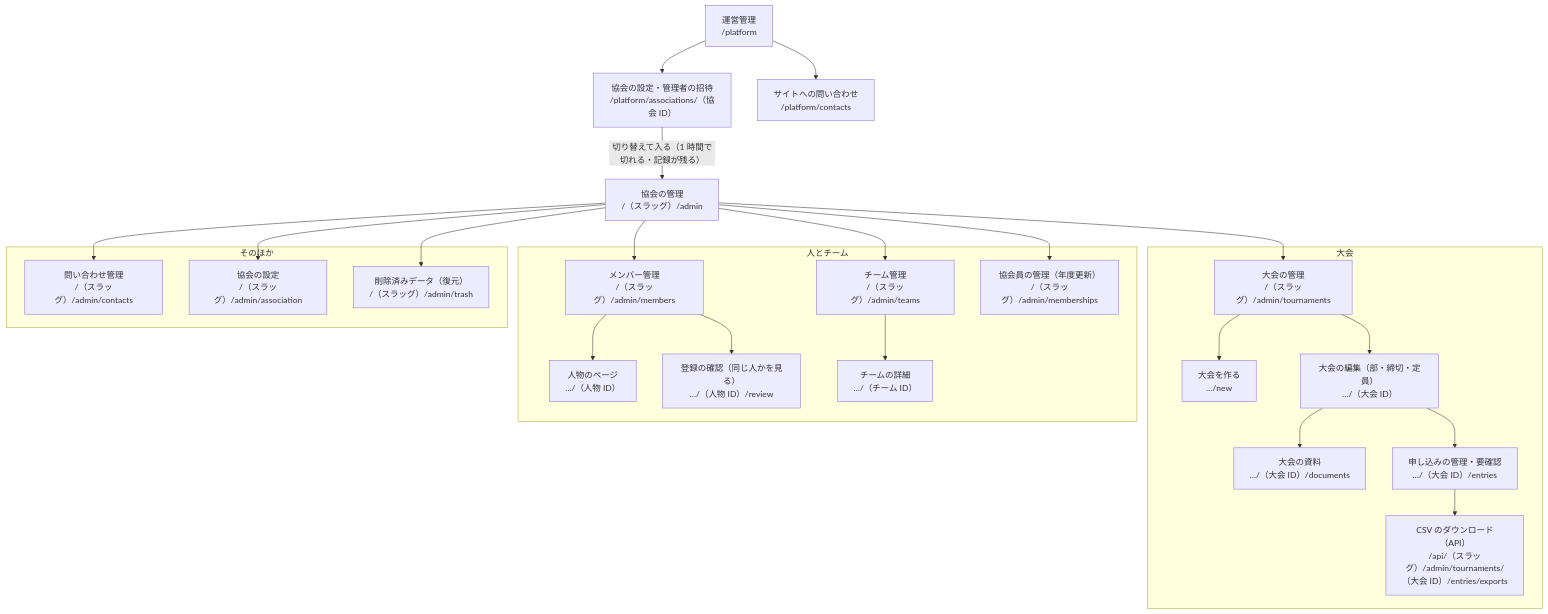
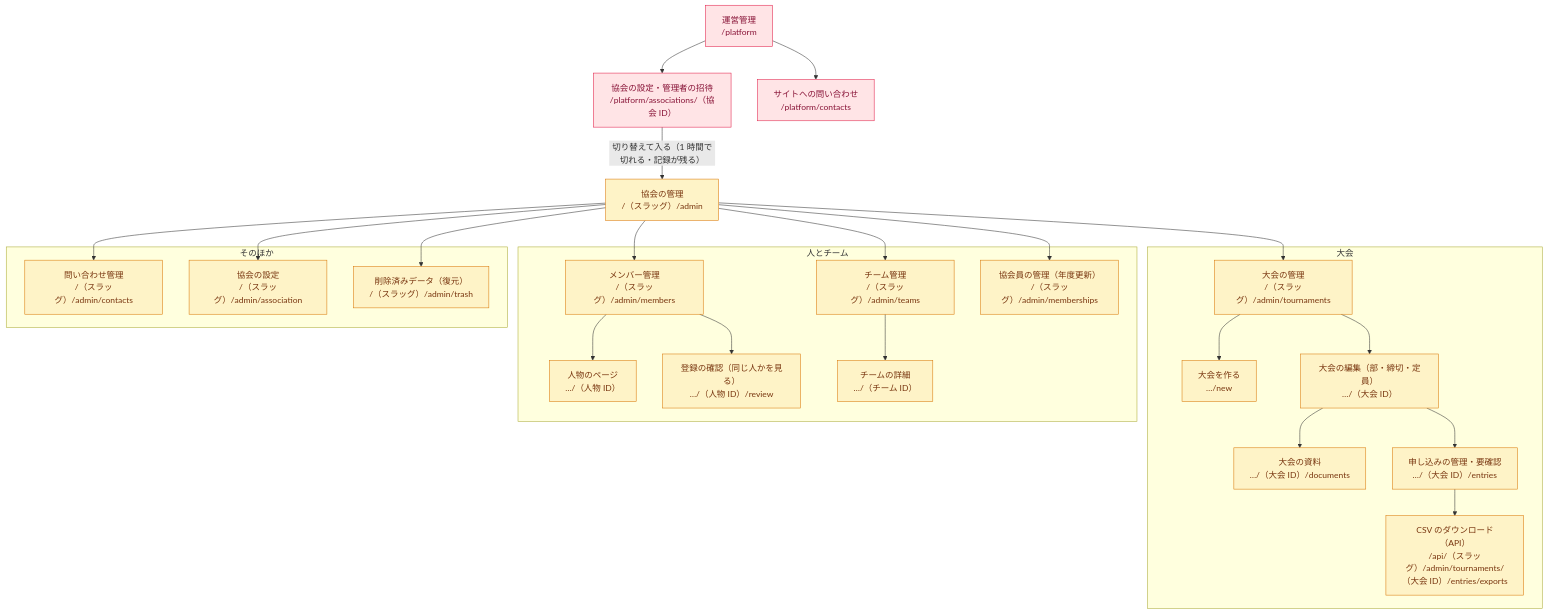
Before and after one commit to naki27/beachball-portal: the fourth of 7 diagrams in docs/ops.md, drawn with Mermaid. The commit also changed other lines of this file, not shown here.

First line of the commit message:
docs: 運用フロー図の色分け（ops.md の mermaid に classDef）

````diff
--- a/docs/ops.md
+++ b/docs/ops.md
@@ -123,43 +123,46 @@
 ```mermaid
 flowchart TD
-  AD["協会の管理<br/>/（スラッグ）/admin"]
+  AD["協会の管理<br/>/（スラッグ）/admin"]:::admin
 
   subgraph t["大会"]
-    TRN["大会の管理<br/>/（スラッグ）/admin/tournaments"]
-    TNW["大会を作る<br/>…/new"]
-    TED["大会の編集（部・締切・定員）<br/>…/（大会 ID）"]
-    DCS["大会の資料<br/>…/（大会 ID）/documents"]
-    ENT["申し込みの管理・要確認<br/>…/（大会 ID）/entries"]
-    CSV["CSV のダウンロード（API）<br/>/api/（スラッグ）/admin/tournaments/（大会 ID）/entries/exports"]
+    TRN["大会の管理<br/>/（スラッグ）/admin/tournaments"]:::admin
+    TNW["大会を作る<br/>…/new"]:::admin
+    TED["大会の編集（部・締切・定員）<br/>…/（大会 ID）"]:::admin
+    DCS["大会の資料<br/>…/（大会 ID）/documents"]:::admin
+    ENT["申し込みの管理・要確認<br/>…/（大会 ID）/entries"]:::admin
+    CSV["CSV のダウンロード（API）<br/>/api/（スラッグ）/admin/tournaments/（大会 ID）/entries/exports"]:::admin
   end
 
   subgraph p["人とチーム"]
-    MEM["メンバー管理<br/>/（スラッグ）/admin/members"]
-    MD["人物のページ<br/>…/（人物 ID）"]
-    RV["登録の確認（同じ人かを見る）<br/>…/（人物 ID）/review"]
-    TMS["チーム管理<br/>/（スラッグ）/admin/teams"]
-    TMD["チームの詳細<br/>…/（チーム ID）"]
-    MSH["協会員の管理（年度更新）<br/>/（スラッグ）/admin/memberships"]
+    MEM["メンバー管理<br/>/（スラッグ）/admin/members"]:::admin
+    MD["人物のページ<br/>…/（人物 ID）"]:::admin
+    RV["登録の確認（同じ人かを見る）<br/>…/（人物 ID）/review"]:::admin
+    TMS["チーム管理<br/>/（スラッグ）/admin/teams"]:::admin
+    TMD["チームの詳細<br/>…/（チーム ID）"]:::admin
+    MSH["協会員の管理（年度更新）<br/>/（スラッグ）/admin/memberships"]:::admin
   end
 
   subgraph o["そのほか"]
-    CTS["問い合わせ管理<br/>/（スラッグ）/admin/contacts"]
-    ASC["協会の設定<br/>/（スラッグ）/admin/association"]
-    TRS["削除済みデータ（復元）<br/>/（スラッグ）/admin/trash"]
+    CTS["問い合わせ管理<br/>/（スラッグ）/admin/contacts"]:::admin
+    ASC["協会の設定<br/>/（スラッグ）/admin/association"]:::admin
+    TRS["削除済みデータ（復元）<br/>/（スラッグ）/admin/trash"]:::admin
   end
 
   AD --> TRN --> TNW
   TRN --> TED --> DCS
   TED --> ENT --> CSV
   AD --> MEM --> MD
   MEM --> RV
   AD --> TMS --> TMD
   AD --> MSH
   AD --> CTS
   AD --> ASC
   AD --> TRS
 
-  PF["運営管理<br/>/platform"] --> PA["協会の設定・管理者の招待<br/>/platform/associations/（協会 ID）"]
-  PF --> PC["サイトへの問い合わせ<br/>/platform/contacts"]
+  PF["運営管理<br/>/platform"]:::platform --> PA["協会の設定・管理者の招待<br/>/platform/associations/（協会 ID）"]:::platform
+  PF --> PC["サイトへの問い合わせ<br/>/platform/contacts"]:::platform
   PA -->|"切り替えて入る（1 時間で切れる・記録が残る）"| AD
+
+  classDef admin fill:#fef3c7,stroke:#d97706,color:#78350f
+  classDef platform fill:#ffe4e6,stroke:#e11d48,color:#881337
 ```
````
